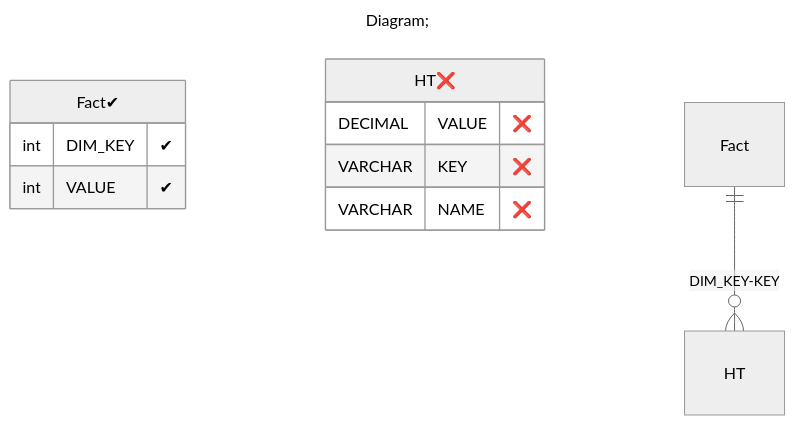
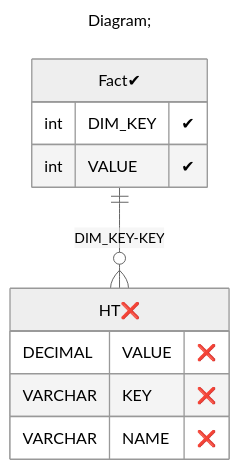
The third of 3 diagrams in demo/server/catalogs/tutorial_17_Cube_with_share_dimension_with_inner_table_reference/README.MD (xmla-services/workground), drawn with Mermaid (neutral theme) before and after one commit. The commit also changed 16 other files, not shown here.

Commit message:
tutorials. add flags (positive, negative) in database diagram Signed-off-by: dbulahov <bulahovdenis@gmail.com>

````diff
--- a/demo/server/catalogs/tutorial_17_Cube_with_share_dimension_with_inner_table_reference/README.MD
+++ b/demo/server/catalogs/tutorial_17_Cube_with_share_dimension_with_inner_table_reference/README.MD
@@ -108,17 +108,17 @@
 ```mermaid
 ---
 title: Diagram;
 ---
 erDiagram
 "Fact✔"{
 int DIM_KEY "✔"
 int VALUE "✔"
 }
 "HT❌"{
 DECIMAL VALUE "❌"
 VARCHAR KEY "❌"
 VARCHAR NAME "❌"
 }
 
-"Fact" ||--o{ "HT" : "DIM_KEY-KEY"
+"Fact✔" ||--o{ "HT❌" : "DIM_KEY-KEY"
 ```
````
